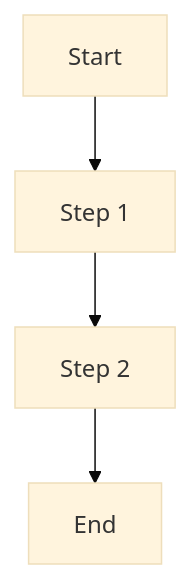
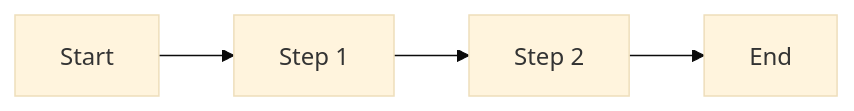
The first of 4 diagrams in assets/templates/code_review_template.md (Omri4Semperis/Glyph), drawn with Mermaid (base theme) before and after one commit. The commit also changed other lines of this file, not shown here.

````diff
--- a/assets/templates/code_review_template.md
+++ b/assets/templates/code_review_template.md
@@ -39,6 +41,6 @@
 ```mermaid
-flowchart TD
+flowchart LR
     A[Start] --> B[Step 1]
     B --> C[Step 2]
     C --> D[End]
 ```
````
